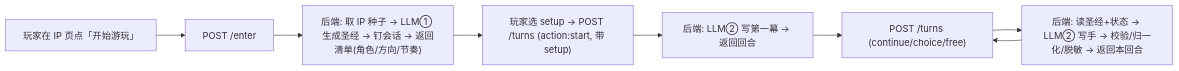
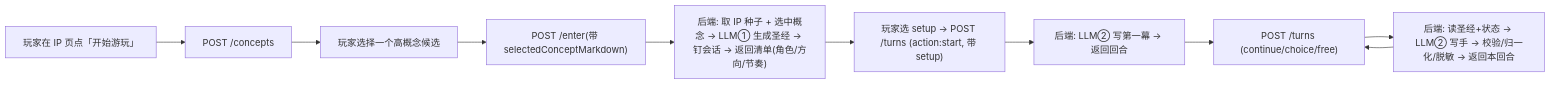
The diagram in docs/narrative-runtime-java-api-v0.md (sleep202411/agent), drawn with Mermaid before and after one commit. The commit also changed other lines of this file and 2 other files, not shown here.

````diff
--- a/docs/narrative-runtime-java-api-v0.md
+++ b/docs/narrative-runtime-java-api-v0.md
@@ -29,10 +30,12 @@
 ```mermaid
 flowchart LR
-  P["玩家在 IP 页点「开始游玩」"] --> E["POST /enter"]
-  E --> B["后端: 取 IP 种子 → LLM① 生成圣经 → 钉会话 → 返回清单(角色/方向/节奏)"]
+  P["玩家在 IP 页点「开始游玩」"] --> C["POST /concepts"]
+  C --> H["玩家选择一个高概念候选"]
+  H --> E["POST /enter(带 selectedConceptMarkdown)"]
+  E --> B["后端: 取 IP 种子 + 选中概念 → LLM① 生成圣经 → 钉会话 → 返回清单(角色/方向/节奏)"]
   B --> S["玩家选 setup → POST /turns (action:start, 带 setup)"]
   S --> F["后端: LLM② 写第一幕 → 返回回合"]
   F --> T["POST /turns (continue/choice/free)"]
   T --> W["后端: 读圣经+状态 → LLM② 写手 → 校验/归一化/脱敏 → 返回本回合"]
   W --> T
 ```
````
